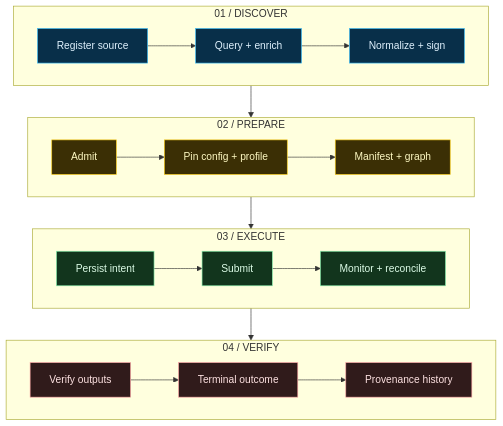
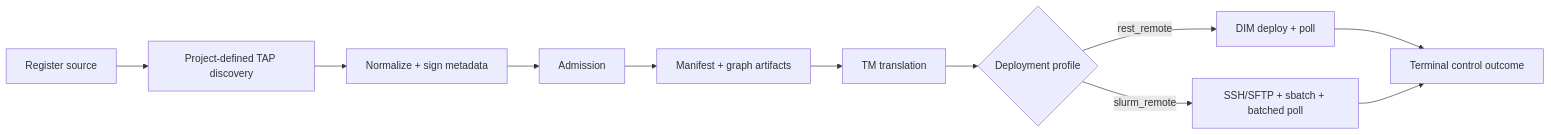
One commit to jbwod/beampipe-core-v2 changed the second of 2 diagrams in README.md. Above: the diagram before and after it, drawn with Mermaid. The commit also changed other lines of this file and 39 other files, not shown here.

````diff
--- a/README.md
+++ b/README.md
@@ -156,35 +71,13 @@
 ```mermaid
-flowchart TB
-    subgraph DISCOVER["01 / DISCOVER"]
-        direction LR
-        R["Register source"] --> Q["Query + enrich"] --> N["Normalize + sign"]
-    end
-
-    subgraph PREPARE["02 / PREPARE"]
-        direction LR
-        A["Admit"] --> P["Pin config + profile"] --> G["Manifest + graph"]
-    end
-
-    subgraph EXECUTE["03 / EXECUTE"]
-        direction LR
-        I["Persist intent"] --> S["Submit"] --> M["Monitor + reconcile"]
-    end
-
-    subgraph VERIFY["04 / VERIFY"]
-        direction LR
-        V["Verify outputs"] --> O["Terminal outcome"] --> H["Provenance history"]
-    end
-
-    N --> A
-    G --> I
-    M --> V
-
-    classDef input fill:#082f49,stroke:#38bdf8,color:#e0f2fe;
-    classDef control fill:#3b2f05,stroke:#facc15,color:#fef9c3;
-    classDef effect fill:#12351d,stroke:#86efac,color:#dcfce7;
-    classDef terminal fill:#301b1b,stroke:#fca5a5,color:#fee2e2;
-    class R,Q,N input;
-    class A,P,G control;
-    class I,S,M effect;
-    class V,O,H terminal;
+flowchart LR
+    A["Register source"] --> B["Project-defined TAP discovery"]
+    B --> C["Normalize + sign metadata"]
+    C --> D["Admission"]
+    D --> E["Manifest + graph artifacts"]
+    E --> F["TM translation"]
+    F --> G{"Deployment profile"}
+    G -->|rest_remote| H["DIM deploy + poll"]
+    G -->|slurm_remote| I["SSH/SFTP + sbatch + batched poll"]
+    H --> J["Terminal control outcome"]
+    I --> J
 ```
````
